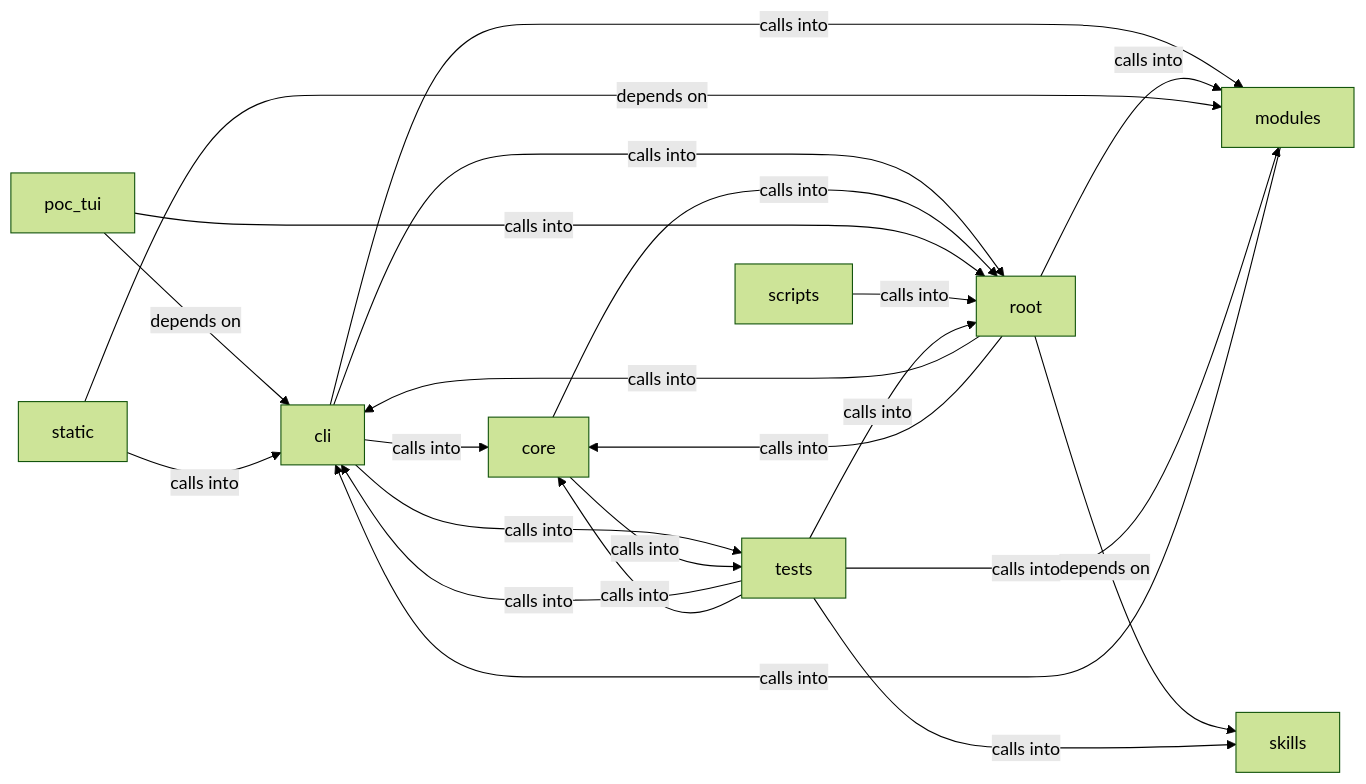
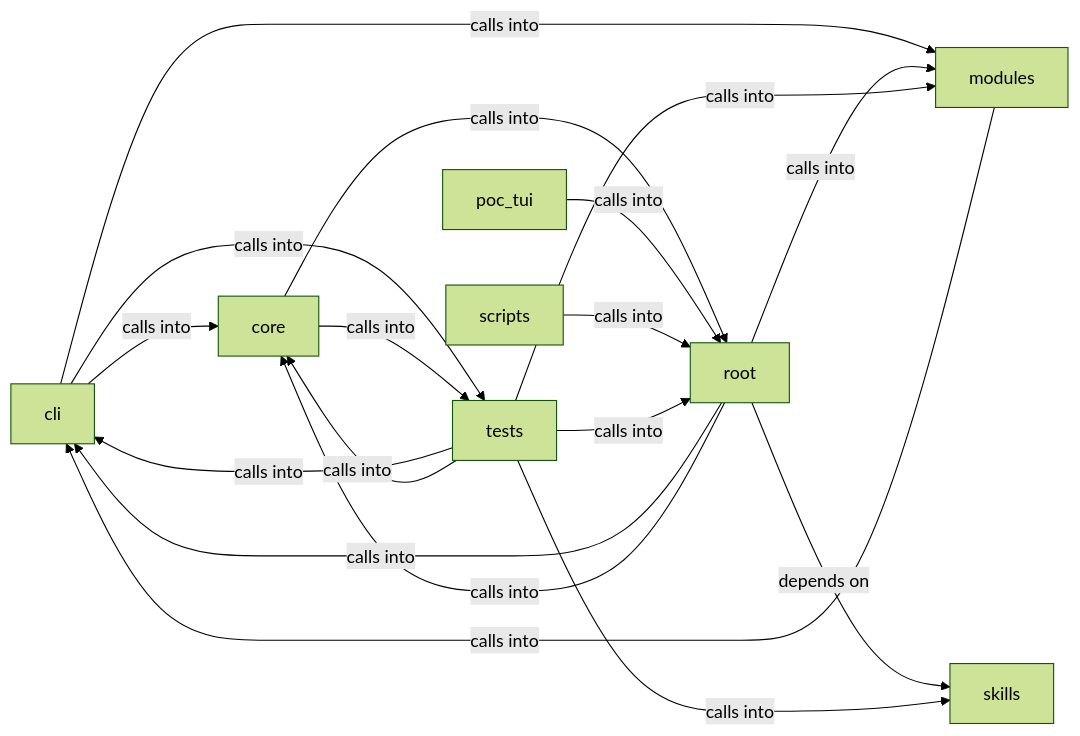
One commit to grisuno/LazyOwn changed the diagram in readmenator-diagrams/cli.md. Above: the diagram before and after it, drawn with Mermaid (forest theme). The commit also changed other lines of this file and 216 other files, not shown here.

First line of the commit message:
feat: intel graph svg report appendix, hint fingerprint dedup, lab-only default scope guard, lazykerninc addon for cve-2026-40369

````diff
--- a/readmenator-diagrams/cli.md
+++ b/readmenator-diagrams/cli.md
@@ -5,33 +5,28 @@
 ```mermaid
 graph LR
     cli["cli"]
     core["core"]
     modules["modules"]
     poc_tui["poc_tui"]
     root["root"]
     scripts["scripts"]
     skills["skills"]
-    static["static"]
     tests["tests"]
     cli -- "calls into" --> core
     cli -- "calls into" --> modules
-    cli -- "calls into" --> root
     cli -- "calls into" --> tests
     core -- "calls into" --> root
     core -- "calls into" --> tests
     modules -- "calls into" --> cli
-    poc_tui -- "depends on" --> cli
     poc_tui -- "calls into" --> root
     root -- "calls into" --> cli
     root -- "calls into" --> core
     root -- "calls into" --> modules
     root -- "depends on" --> skills
     scripts -- "calls into" --> root
-    static -- "calls into" --> cli
-    static -- "depends on" --> modules
     tests -- "calls into" --> cli
     tests -- "calls into" --> core
     tests -- "calls into" --> modules
     tests -- "calls into" --> root
     tests -- "calls into" --> skills
 ```
````
